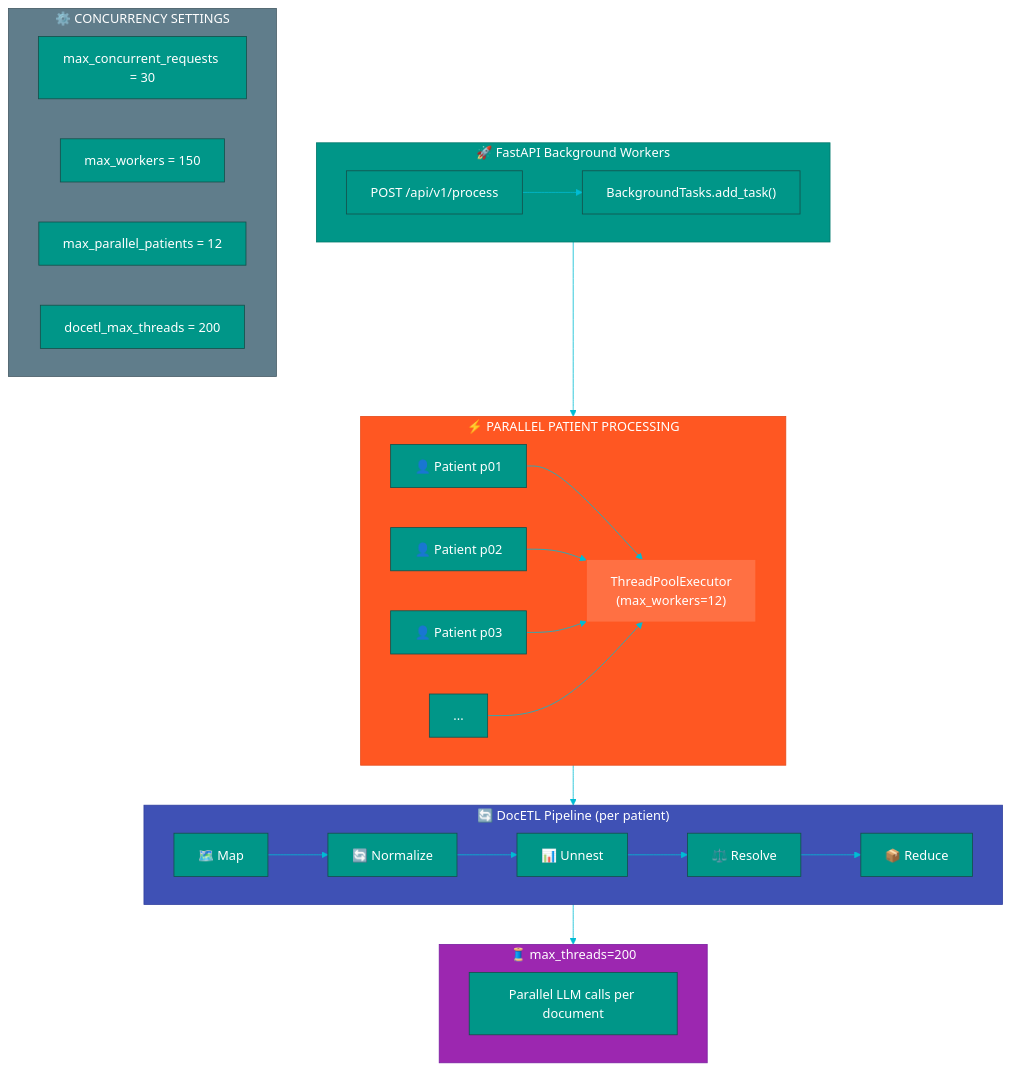
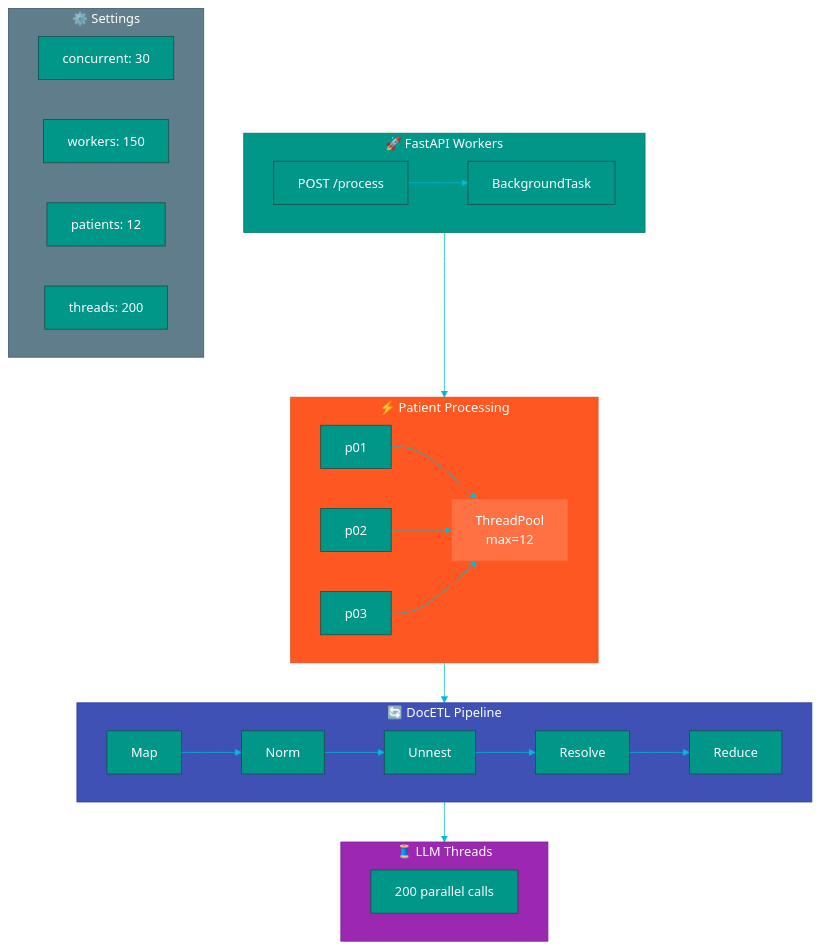
The fifth of 7 diagrams in data_curation/README.md (huseyincenik/john_snow_labs), drawn with Mermaid before and after one commit. The commit also changed other lines of this file, not shown here.

Commit message:
fix: shorten Mermaid diagram labels to prevent text overflow

````diff
--- a/data_curation/README.md
+++ b/data_curation/README.md
@@ -1615,52 +1615,50 @@
 ```mermaid
 %%{init: {'theme': 'base', 'themeVariables': { 'primaryColor': '#009688', 'primaryTextColor': '#fff', 'lineColor': '#00BCD4'}}}%%
 flowchart TB
-    subgraph FASTAPI["🚀 FastAPI Background Workers"]
-        API["POST /api/v1/process"]
-        BG["BackgroundTasks.add_task()"]
+    subgraph FASTAPI["🚀 FastAPI Workers"]
+        API["POST /process"]
+        BG["BackgroundTask"]
         API --> BG
     end
 
-    subgraph PARALLEL["⚡ PARALLEL PATIENT PROCESSING"]
+    subgraph PARALLEL["⚡ Patient Processing"]
         direction LR
-        P1["👤 Patient p01"]
-        P2["👤 Patient p02"]
-        P3["👤 Patient p03"]
-        DOTS["..."]
-        POOL["ThreadPoolExecutor<br/>(max_workers=12)"]
+        P1["p01"]
+        P2["p02"]
+        P3["p03"]
+        POOL["ThreadPool<br/>max=12"]
         P1 --> POOL
         P2 --> POOL
         P3 --> POOL
-        DOTS --> POOL
     end
 
-    subgraph PIPELINE["🔄 DocETL Pipeline (per patient)"]
+    subgraph PIPELINE["🔄 DocETL Pipeline"]
         direction LR
-        MAP2["🗺️ Map"]
-        NORM["🔄 Normalize"]
-        UNN["📊 Unnest"]
-        RES["⚖️ Resolve"]
-        RED["📦 Reduce"]
+        MAP2["Map"]
+        NORM["Norm"]
+        UNN["Unnest"]
+        RES["Resolve"]
+        RED["Reduce"]
         MAP2 --> NORM --> UNN --> RES --> RED
     end
 
-    subgraph THREADS["🧵 max_threads=200"]
-        LLM["Parallel LLM calls per document"]
+    subgraph THREADS["🧵 LLM Threads"]
+        LLM["200 parallel calls"]
     end
 
-    subgraph SETTINGS["⚙️ CONCURRENCY SETTINGS"]
-        S1["max_concurrent_requests = 30"]
-        S2["max_workers = 150"]
-        S3["max_parallel_patients = 12"]
-        S4["docetl_max_threads = 200"]
+    subgraph SETTINGS["⚙️ Settings"]
+        S1["concurrent: 30"]
+        S2["workers: 150"]
+        S3["patients: 12"]
+        S4["threads: 200"]
     end
 
     FASTAPI --> PARALLEL --> PIPELINE --> THREADS
 
     style FASTAPI fill:#009688,stroke:#00796B,color:#fff
     style PARALLEL fill:#FF5722,stroke:#E64A19,color:#fff
     style PIPELINE fill:#3F51B5,stroke:#303F9F,color:#fff
     style THREADS fill:#9C27B0,stroke:#7B1FA2,color:#fff
     style SETTINGS fill:#607D8B,stroke:#455A64,color:#fff
     style POOL fill:#FF7043,stroke:#FF5722,color:#fff
 ```
````
